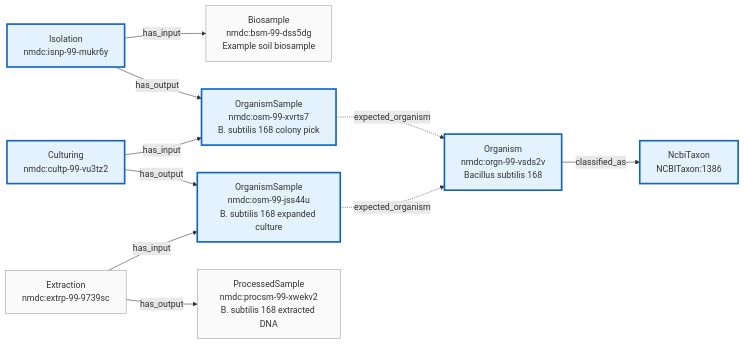
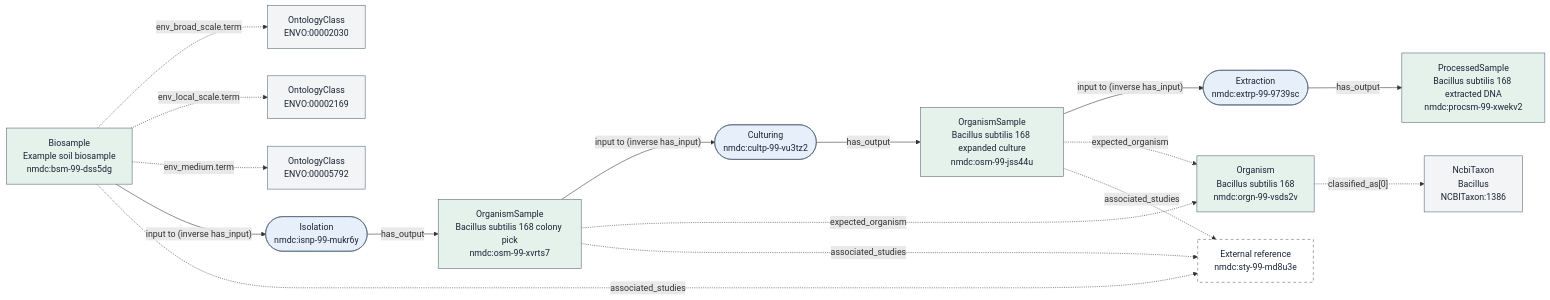
Before and after one commit to microbiomedata/nmdc-schema: the diagram in src/docs/images/use-case-1-environmental-isolation.mmd, drawn with Mermaid. The commit also changed 21 other files, not shown here.

Commit message:
Unify Database example diagrams with schema-aware Mermaid generation

```diff
--- a/src/docs/images/use-case-1-environmental-isolation.mmd
+++ b/src/docs/images/use-case-1-environmental-isolation.mmd
@@ -1,30 +1,39 @@
-%% Derived from src/data/valid/Database-isolate-from-soil-workflow.yaml.
-%% Shows every entity and edge asserted by the data file.
-%% Upstream collection context (FieldResearchSite + CollectingBiosamplesFromSite)
-%% is not currently in the data file — omitted here to keep diagram faithful.
+%% Generated by src/scripts/database_to_diagram.py; edit the Database and regenerate.
+%% Source: src/data/valid/Database-isolate-from-soil-workflow.yaml
+%% View: workflow
 flowchart LR
-    BSM["Biosample<br/>nmdc:bsm-99-dss5dg<br/>Example soil biosample"]
-    ISN["Isolation<br/>nmdc:isnp-99-mukr6y"]
-    OSM1["OrganismSample<br/>nmdc:osm-99-xvrts7<br/>B. subtilis 168 colony pick"]
-    CULT["Culturing<br/>nmdc:cultp-99-vu3tz2"]
-    OSM2["OrganismSample<br/>nmdc:osm-99-jss44u<br/>B. subtilis 168 expanded culture"]
-    EXT["Extraction<br/>nmdc:extrp-99-9739sc"]
-    PSM["ProcessedSample<br/>nmdc:procsm-99-xwekv2<br/>B. subtilis 168 extracted DNA"]
-    ORG["Organism<br/>nmdc:orgn-99-vsds2v<br/>Bacillus subtilis 168"]
-    TAX["NcbiTaxon<br/>NCBITaxon:1386"]
-
-    ISN -->|has_input| BSM
-    ISN -->|has_output| OSM1
-    CULT -->|has_input| OSM1
-    CULT -->|has_output| OSM2
-    EXT -->|has_input| OSM2
-    EXT -->|has_output| PSM
-
-    OSM1 -.->|expected_organism| ORG
-    OSM2 -.->|expected_organism| ORG
-    ORG -->|classified_as| TAX
-
-    classDef newPR fill:#e3f2fd,stroke:#1565c0,stroke-width:3px
-    classDef concrete fill:#fafafa,stroke:#9e9e9e
-    class ISN,CULT,OSM1,OSM2,ORG,TAX newPR
-    class BSM,EXT,PSM concrete
+  n0["OntologyClass<br/>ENVO:00002030"]:::ontology
+  n1["OntologyClass<br/>ENVO:00002169"]:::ontology
+  n2["OntologyClass<br/>ENVO:00005792"]:::ontology
+  n3["NcbiTaxon<br/>Bacillus<br/>NCBITaxon:1386"]:::ontology
+  n4["Biosample<br/>Example soil biosample<br/>nmdc:bsm-99-dss5dg"]:::sample
+  n5(["Culturing<br/>nmdc:cultp-99-vu3tz2"]):::process
+  n6(["Extraction<br/>nmdc:extrp-99-9739sc"]):::process
+  n7(["Isolation<br/>nmdc:isnp-99-mukr6y"]):::process
+  n8["Organism<br/>Bacillus subtilis 168<br/>nmdc:orgn-99-vsds2v"]:::sample
+  n9["OrganismSample<br/>Bacillus subtilis 168 expanded culture<br/>nmdc:osm-99-jss44u"]:::sample
+  n10["OrganismSample<br/>Bacillus subtilis 168 colony pick<br/>nmdc:osm-99-xvrts7"]:::sample
+  n11["ProcessedSample<br/>Bacillus subtilis 168 extracted DNA<br/>nmdc:procsm-99-xwekv2"]:::sample
+  n12["External reference<br/>nmdc:sty-99-md8u3e"]:::external
+  n4 -.->|"env_broad_scale.term"| n0
+  n4 -.->|"env_local_scale.term"| n1
+  n4 -.->|"env_medium.term"| n2
+  n4 -->|"input to (inverse has_input)"| n7
+  n4 -.->|"associated_studies"| n12
+  n5 -->|"has_output"| n9
+  n6 -->|"has_output"| n11
+  n7 -->|"has_output"| n10
+  n8 -.->|"classified_as[0]"| n3
+  n9 -->|"input to (inverse has_input)"| n6
+  n9 -.->|"expected_organism"| n8
+  n9 -.->|"associated_studies"| n12
+  n10 -->|"input to (inverse has_input)"| n5
+  n10 -.->|"expected_organism"| n8
+  n10 -.->|"associated_studies"| n12
+  classDef sample fill:#e5f2ec,stroke:#526278,color:#182334
+  classDef process fill:#e7effa,stroke:#526278,color:#182334
+  classDef data fill:#fff0d9,stroke:#526278,color:#182334
+  classDef manifest fill:#f1e8fa,stroke:#526278,color:#182334
+  classDef ontology fill:#f3f4f6,stroke:#526278,color:#182334
+  classDef record fill:#eef0f4,stroke:#526278,color:#182334
+  classDef external fill:#ffffff,stroke:#526278,color:#182334,stroke-dasharray:5 5
```
